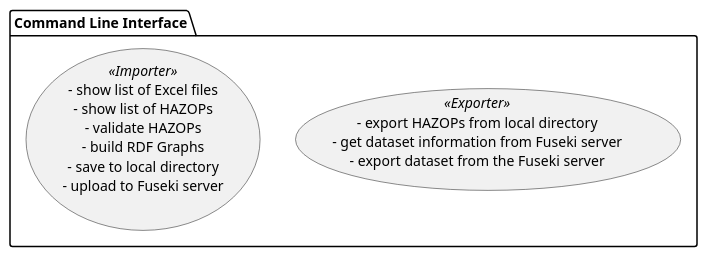
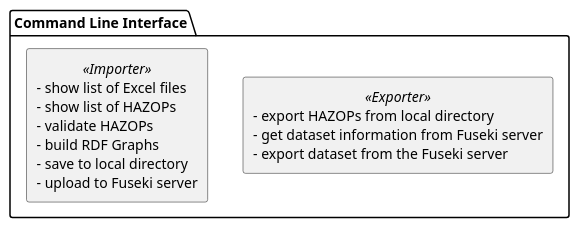
The fourth of 4 diagrams in docs/concept.md (dmytkost/HAZOP2RDF), drawn with PlantUML before and after one commit. The commit also changed other lines of this file and 6 other files, not shown here.

Commit message:
Docs: updated concept and implementation diagrams

````diff
--- a/docs/concept.md
+++ b/docs/concept.md
@@ -74,6 +71,6 @@
 ```plantuml
 package "Command Line Interface" {
-  usecase "- export HAZOPs from local directory\n- get dataset information from Fuseki server\n- export dataset from the Fuseki server" << Exporter >>
-  usecase "- show list of Excel files\n- show list of HAZOPs\n- validate HAZOPs\n- build RDF Graphs\n- save to local directory\n- upload to Fuseki server" << Importer >>
+  rectangle "- export HAZOPs from local directory\n- get dataset information from Fuseki server\n- export dataset from the Fuseki server" << Exporter >>
+  rectangle "- show list of Excel files\n- show list of HAZOPs\n- validate HAZOPs\n- build RDF Graphs\n- save to local directory\n- upload to Fuseki server" << Importer >>
 }
 ```
````
